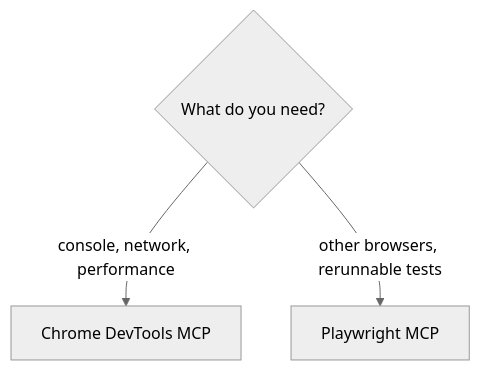
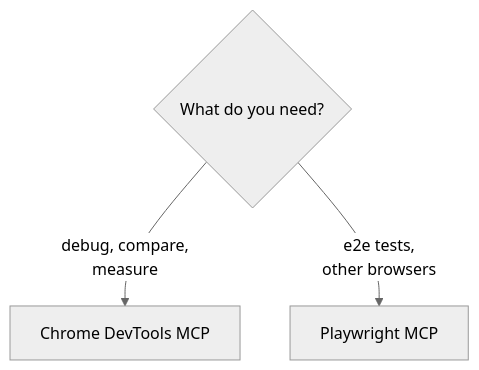
Before and after one commit to helderberto/helderberto.com: the fourth of 4 diagrams in posts/debugging-in-the-agentic-era.md, drawn with Mermaid (neutral theme). The commit also changed other lines of this file and 3 other files, not shown here.

First line of the commit message:
docs(posts): add migration validation and playwright contract tests

````diff
--- a/posts/debugging-in-the-agentic-era.md
+++ b/posts/debugging-in-the-agentic-era.md
@@ -98,8 +145,8 @@
 ```mermaid
 flowchart TD
   accTitle: Choosing a browser MCP server
-  accDescr: If you need console, network, or performance data from Chrome, use Chrome DevTools MCP. If you need Firefox or Safari, or tests you can rerun, use Playwright MCP.
+  accDescr: To debug, compare pages, or measure performance in Chrome, use Chrome DevTools MCP. To write end-to-end tests or check Firefox and Safari, use Playwright MCP.
   need{What do you need?}
-  need -- console, network, performance --> devtools[Chrome DevTools MCP]
-  need -- other browsers, rerunnable tests --> playwright[Playwright MCP]
+  need -- "debug, compare,<br>measure" --> devtools[Chrome DevTools MCP]
+  need -- "e2e tests,<br>other browsers" --> playwright[Playwright MCP]
 ```
````
